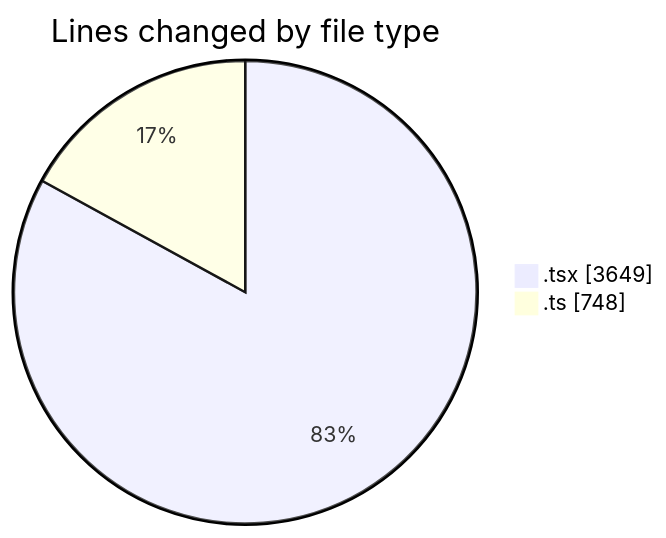
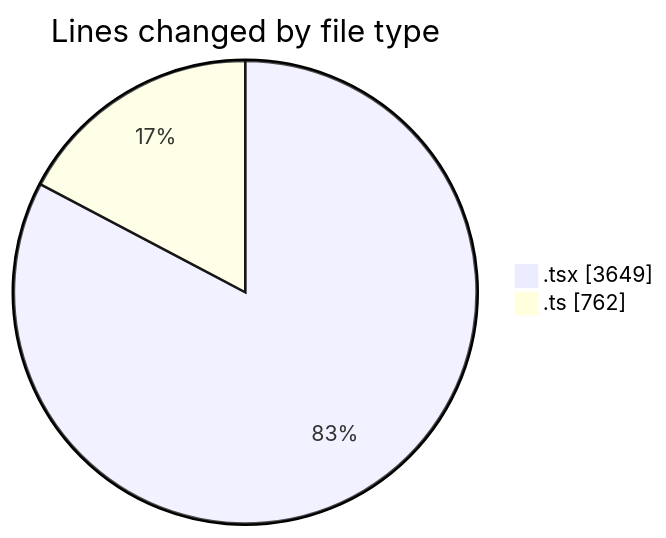
The first of 2 diagrams in 2026-04-23/nxtqube_webapp/README.md (nxtqubesakshisongat/code-tracking), drawn with Mermaid before and after one commit. The commit also changed other lines of this file and 1 other file, not shown here.

````diff
--- a/2026-04-23/nxtqube_webapp/README.md
+++ b/2026-04-23/nxtqube_webapp/README.md
@@ -25,6 +25,6 @@
 ```mermaid
 pie showData
 title Lines changed by file type
 ".tsx" : 3649
-".ts" : 748
+".ts" : 762
 ```
````
